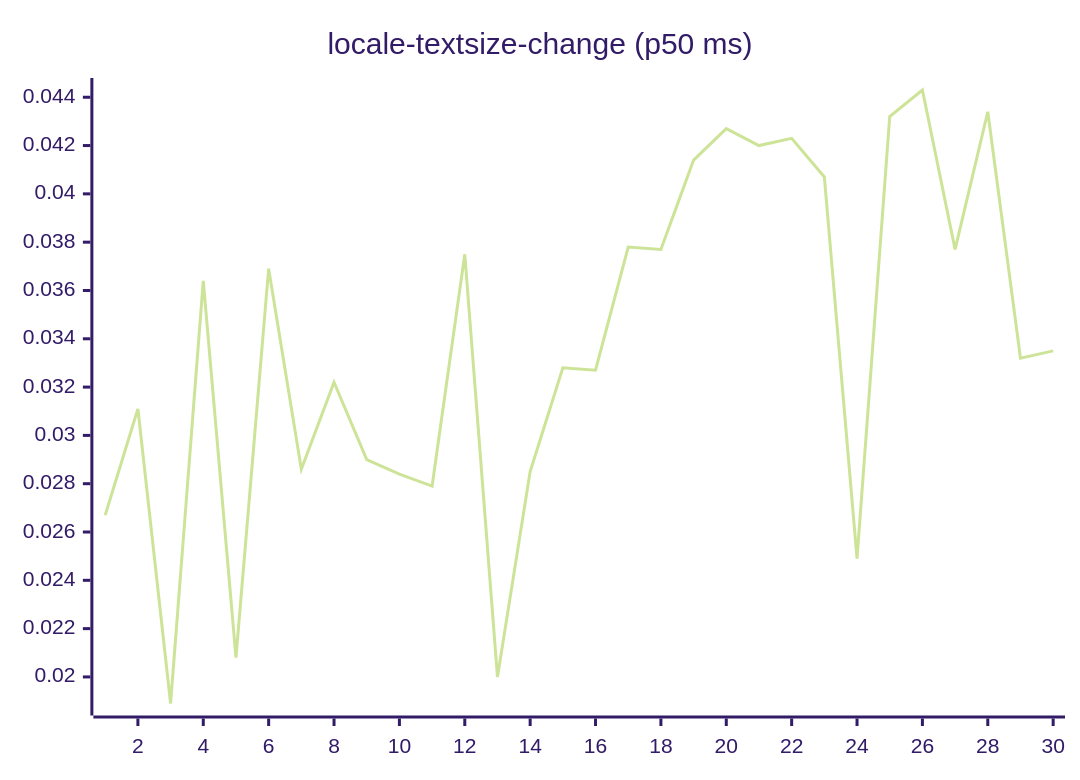
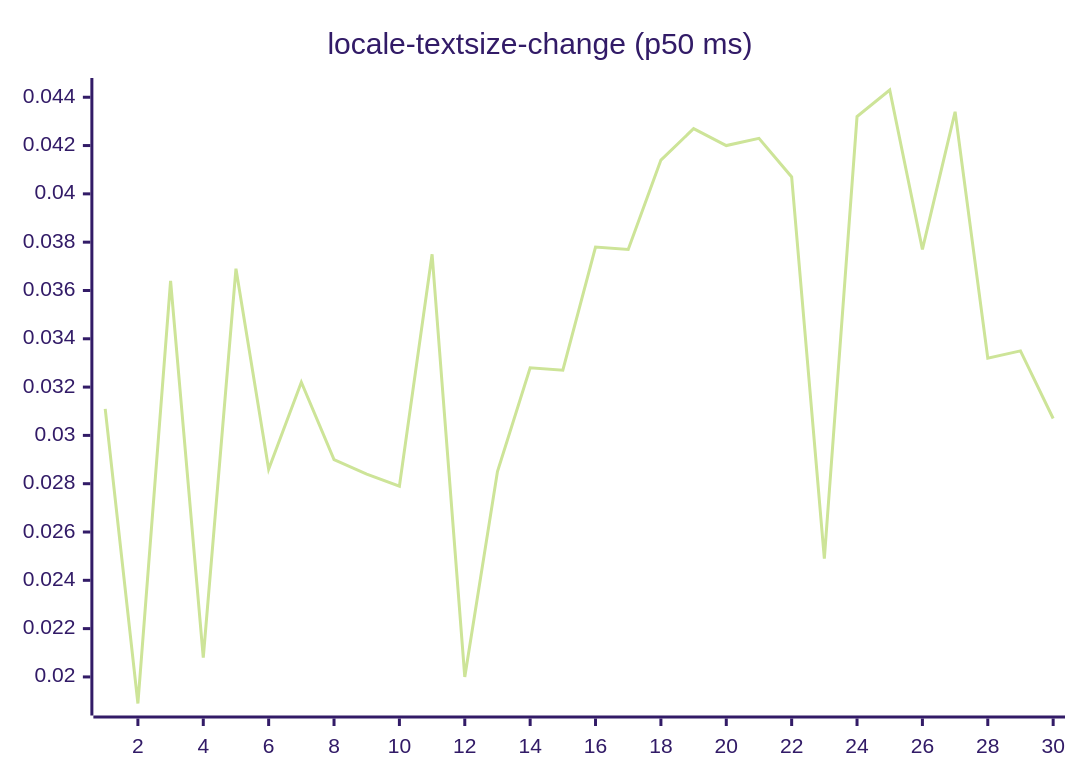
Before and after one commit to josha/Facet: diagram 13 of 27 in README.md, drawn with Mermaid (forest theme). The commit also changed other lines of this file and 2 other files, not shown here.

````diff
--- a/README.md
+++ b/README.md
@@ -147,6 +147,6 @@
 ```mermaid
 xychart-beta
     title "locale-textsize-change (p50 ms)"
     x-axis 1 --> 30
-    line [0.0267, 0.0311, 0.0189, 0.0364, 0.0208, 0.0369, 0.0286, 0.0322, 0.0290, 0.0284, 0.0279, 0.0375, 0.0200, 0.0285, 0.0328, 0.0327, 0.0378, 0.0377, 0.0414, 0.0427, 0.0420, 0.0423, 0.0407, 0.0249, 0.0432, 0.0443, 0.0377, 0.0434, 0.0332, 0.0335]
+    line [0.0311, 0.0189, 0.0364, 0.0208, 0.0369, 0.0286, 0.0322, 0.0290, 0.0284, 0.0279, 0.0375, 0.0200, 0.0285, 0.0328, 0.0327, 0.0378, 0.0377, 0.0414, 0.0427, 0.0420, 0.0423, 0.0407, 0.0249, 0.0432, 0.0443, 0.0377, 0.0434, 0.0332, 0.0335, 0.0307]
 ```
````
